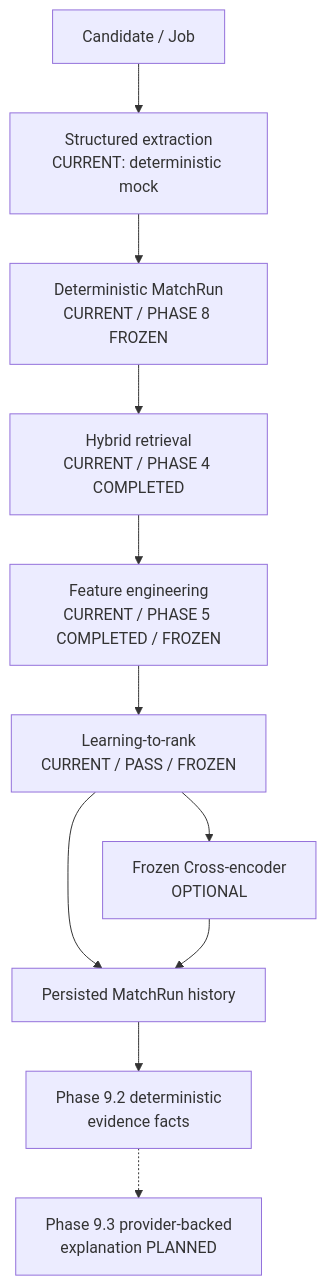
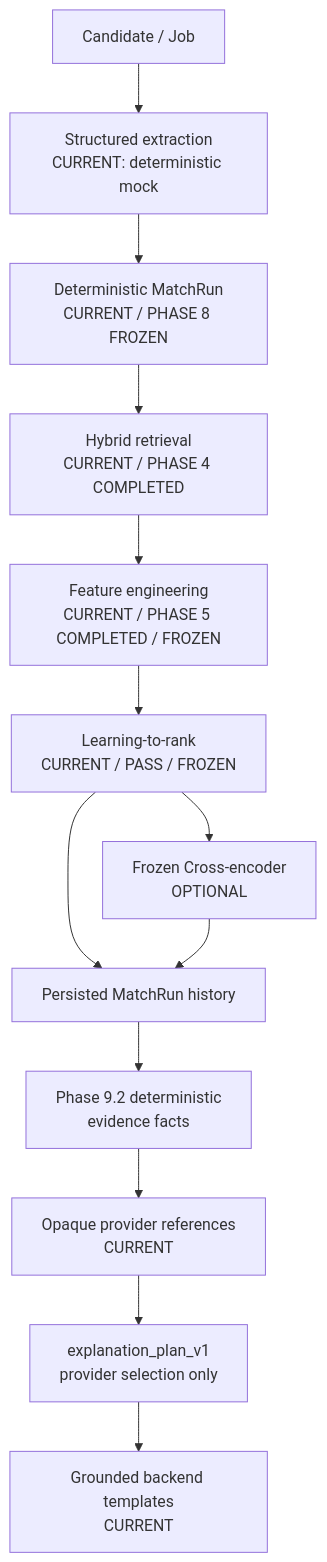
Before and after one commit to rM0on/peoplematch-agent: the second of 2 diagrams in docs/architecture.md, drawn with Mermaid. The commit also changed other lines of this file and 44 other files, not shown here.

Commit message:
feat: finalize evidence-grounded explanation generation pipeline

````diff
--- a/docs/architecture.md
+++ b/docs/architecture.md
@@ -69,13 +76,15 @@
 ```mermaid
 flowchart TD
     Input["Candidate / Job"] --> Parser["Structured extraction\nCURRENT: deterministic mock"]
     Parser --> MatchRun["Deterministic MatchRun\nCURRENT / PHASE 8 FROZEN"]
     MatchRun --> Retrieval["Hybrid retrieval\nCURRENT / PHASE 4 COMPLETED"]
     Retrieval --> Features["Feature engineering\nCURRENT / PHASE 5 COMPLETED / FROZEN"]
     Features --> LTR["Learning-to-rank\nCURRENT / PASS / FROZEN"]
     LTR --> CrossEncoder["Frozen Cross-encoder\nOPTIONAL"]
     LTR --> History["Persisted MatchRun history"]
     CrossEncoder --> History
     History --> EvidenceFacts["Phase 9.2 deterministic\nevidence facts"]
-    EvidenceFacts -.-> Explanation["Phase 9.3 provider-backed\nexplanation PLANNED"]
+    EvidenceFacts --> Projection["Opaque provider references\nCURRENT"]
+    Projection --> Plan["explanation_plan_v1\nprovider selection only"]
+    Plan --> Explanation["Grounded backend templates\nCURRENT"]
 ```
````
